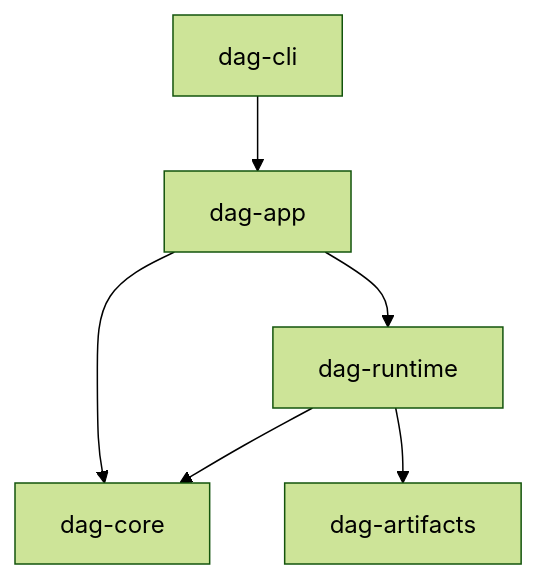
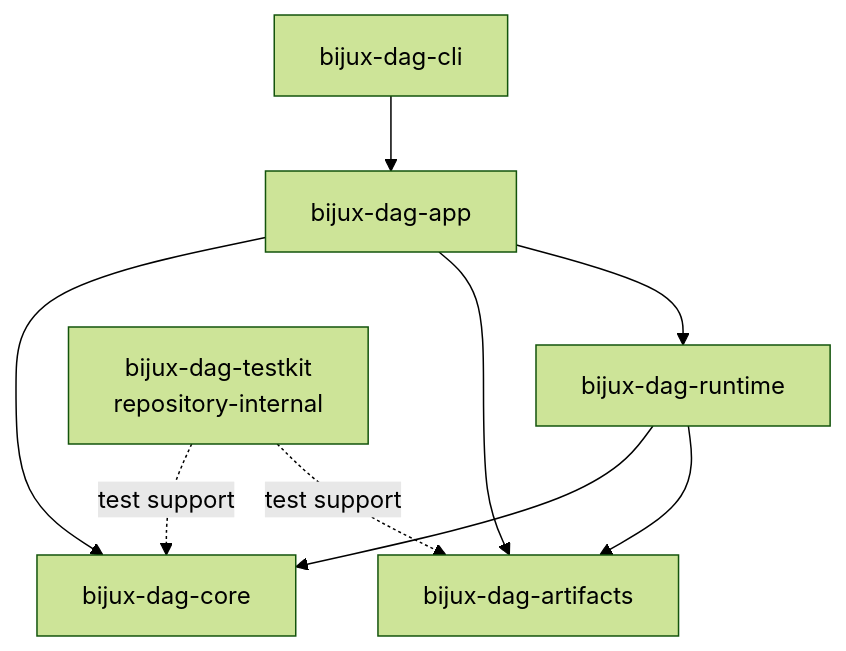
One commit to bijux/bijux-cli changed the diagram in docs/bijux-dag/architecture/dependency-direction.md. Above: the diagram before and after it, drawn with Mermaid (forest theme). The commit also changed other lines of this file and 1 other file, not shown here.

Commit message:
docs(dag): define crate and module ownership

````diff
--- a/docs/bijux-dag/architecture/dependency-direction.md
+++ b/docs/bijux-dag/architecture/dependency-direction.md
@@ -17,8 +20,11 @@
 ```mermaid
 flowchart TD
-    dag_cli["dag-cli"] --> dag_app["dag-app"]
-    dag_app --> dag_core["dag-core"]
-    dag_app --> dag_runtime["dag-runtime"]
-    dag_runtime --> dag_artifacts["dag-artifacts"]
-    dag_runtime --> dag_core
+    cli["bijux-dag-cli"] --> app["bijux-dag-app"]
+    app --> runtime["bijux-dag-runtime"]
+    app --> artifacts["bijux-dag-artifacts"]
+    app --> core["bijux-dag-core"]
+    runtime --> artifacts
+    runtime --> core
+    testkit["bijux-dag-testkit<br/>repository-internal"] -. test support .-> artifacts
+    testkit -. test support .-> core
 ```
````
